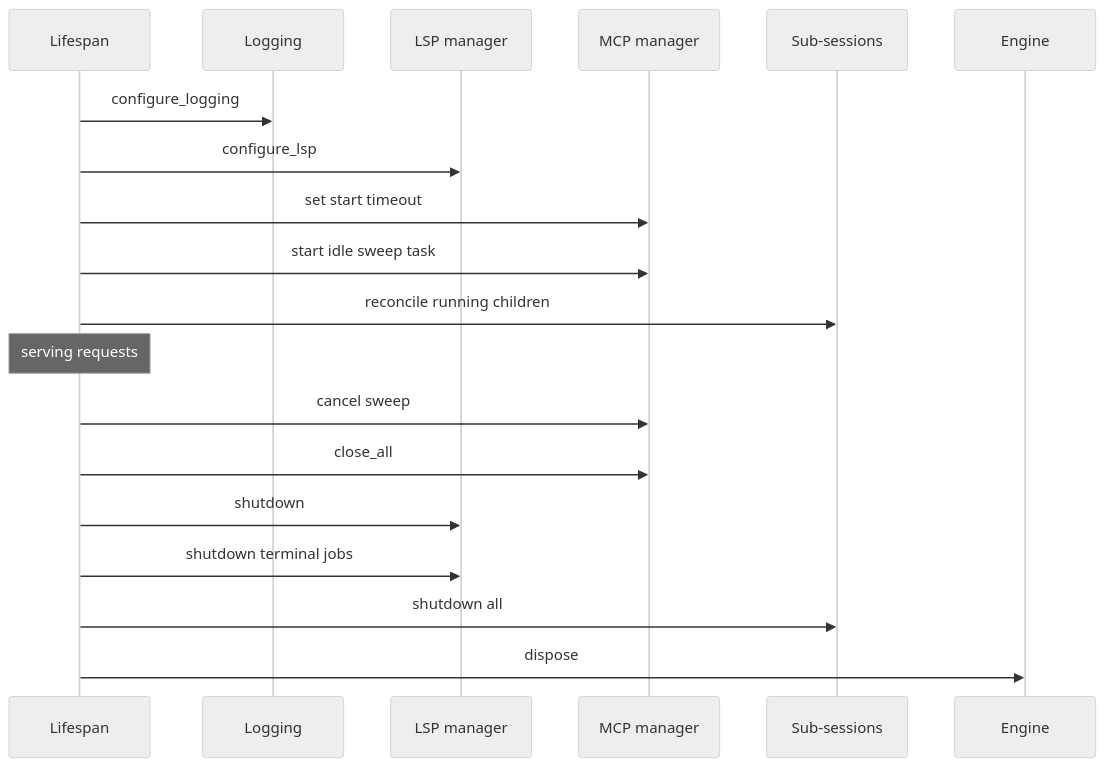
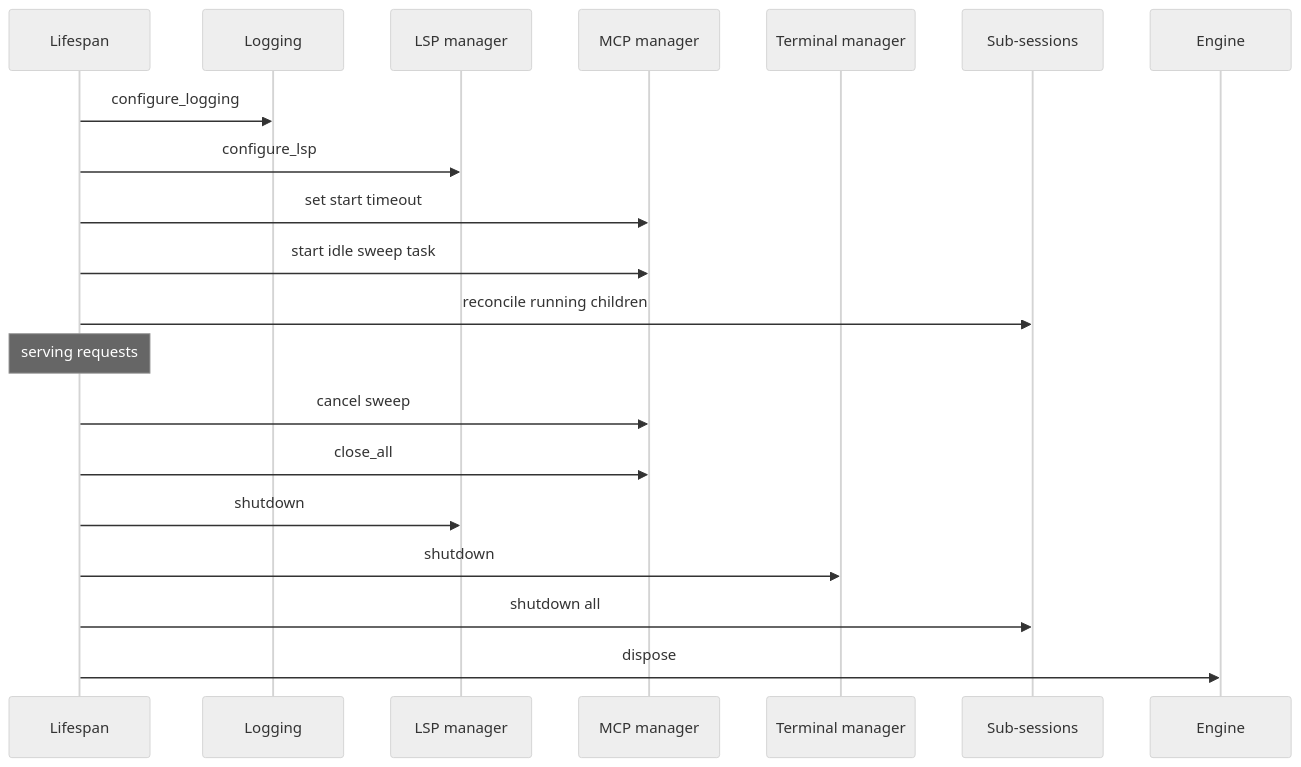
Before and after one commit to jrialland/agentbox: the first of 3 diagrams in docs/architecture/10-concurrency-and-lifecycle.md, drawn with Mermaid (neutral theme). The commit also changed 5 other files, not shown here.

Commit message:
docs(architecture): complete technical architecture documentation set

````diff
--- a/docs/architecture/10-concurrency-and-lifecycle.md
+++ b/docs/architecture/10-concurrency-and-lifecycle.md
@@ -15,22 +15,23 @@
 ```mermaid
 sequenceDiagram
   participant L as Lifespan
   participant Log as Logging
   participant LSP as LSP manager
   participant MCP as MCP manager
+  participant Term as Terminal manager
   participant Sub as Sub-sessions
   participant DB as Engine
 
   L->>Log: configure_logging
   L->>LSP: configure_lsp
   L->>MCP: set start timeout
   L->>MCP: start idle sweep task
   L->>Sub: reconcile running children
   Note over L: serving requests
   L->>MCP: cancel sweep
   L->>MCP: close_all
   L->>LSP: shutdown
-  L->>LSP: shutdown terminal jobs
+  L->>Term: shutdown
   L->>Sub: shutdown all
   L->>DB: dispose
 ```
````
